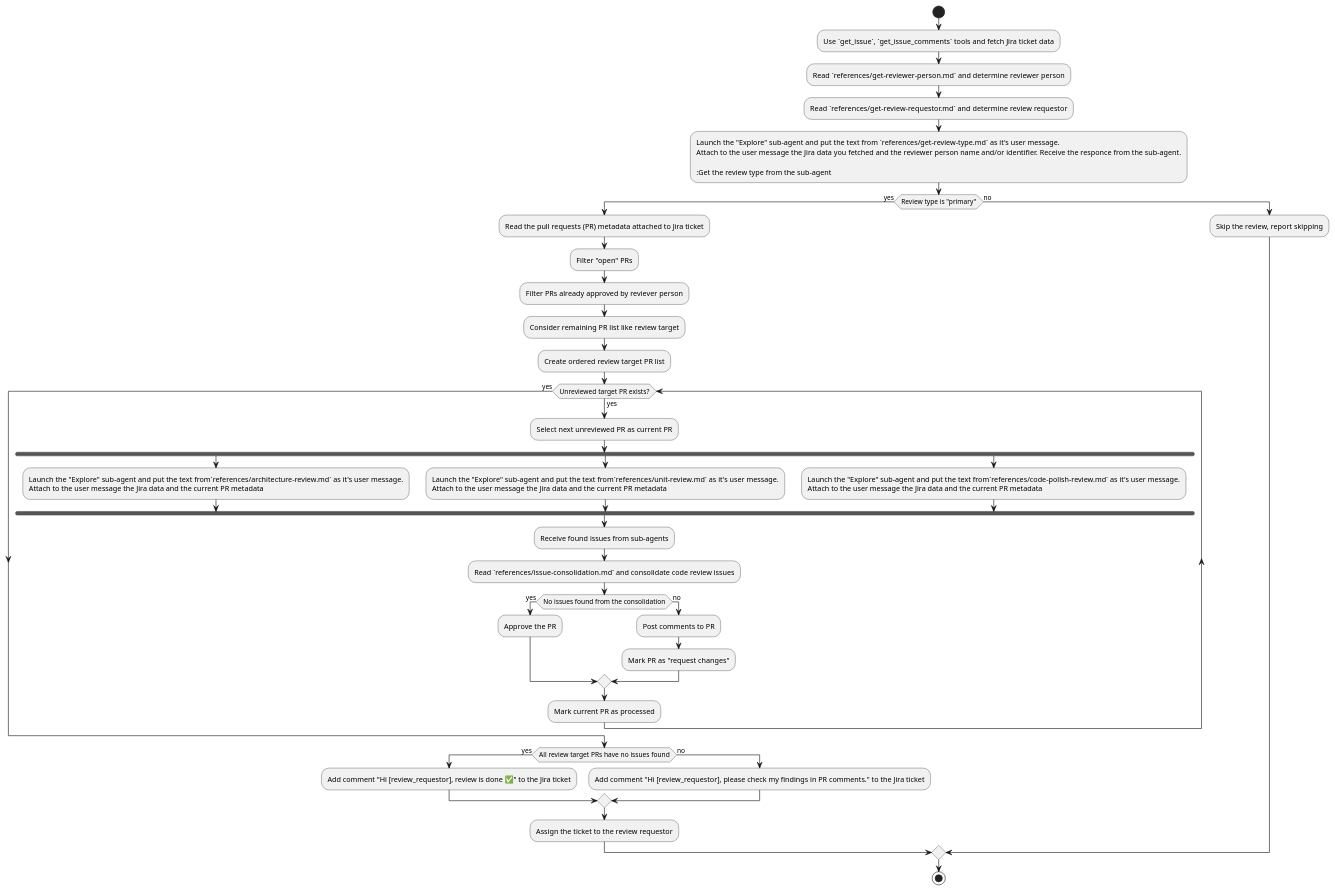
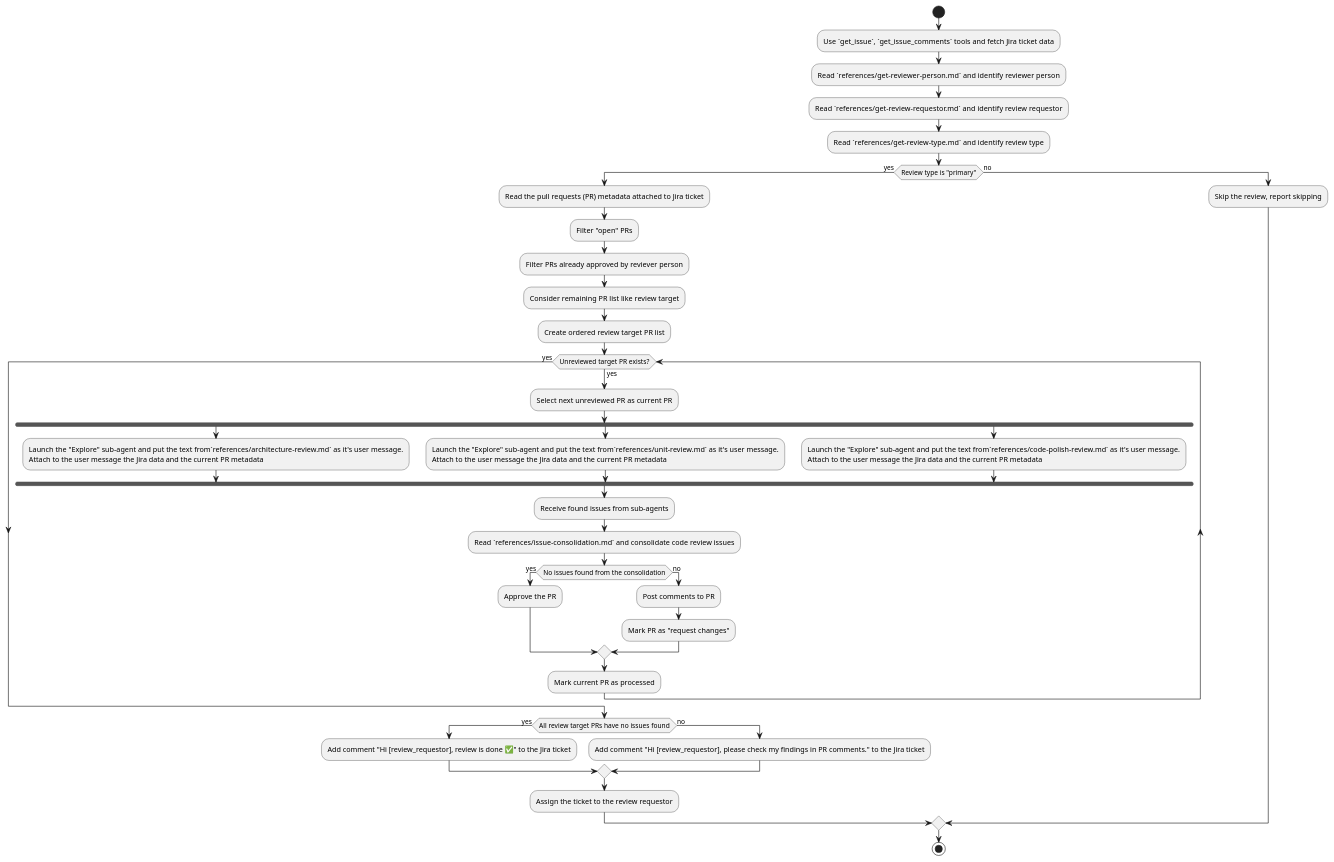
Before and after one commit to andrei-zanozin/skill_factory: the diagram in deep_review_workflow/build/skills/deep-review-workflow/SKILL.md, drawn with PlantUML. The commit also changed other lines of this file and 2 other files, not shown here.

Commit message:
Enforce the algorithm following. Don't use sub-agent for determining review type

````diff
--- a/deep_review_workflow/build/skills/deep-review-workflow/SKILL.md
+++ b/deep_review_workflow/build/skills/deep-review-workflow/SKILL.md
@@ -15,71 +17,68 @@
 ```puml
 @startuml
 
 start
 
 :Use `get_issue`, `get_issue_comments` tools and fetch Jira ticket data;
 
-:Read `references/get-reviewer-person.md` and determine reviewer person;
+:Read `references/get-reviewer-person.md` and identify reviewer person;
 
-:Read `references/get-review-requestor.md` and determine review requestor;
+:Read `references/get-review-requestor.md` and identify review requestor;
 
-:Launch the "Explore" sub-agent and put the text from `references/get-review-type.md` as it's user message.
-Attach to the user message the Jira data you fetched and the reviewer person name and/or identifier. Receive the responce from the sub-agent.
-
-:Get the review type from the sub-agent;
+:Read `references/get-review-type.md` and identify review type;
 
 if (Review type is "primary") then (yes)
   :Read the pull requests (PR) metadata attached to Jira ticket;
   
   :Filter "open" PRs;
   
   :Filter PRs already approved by reviever person;
   
   :Consider remaining PR list like review target;
-  
+
   :Create ordered review target PR list;
 
   while (Unreviewed target PR exists?) is (yes)
     :Select next unreviewed PR as current PR;
 
     fork
       :Launch the "Explore" sub-agent and put the text from`references/architecture-review.md` as it's user message.
       Attach to the user message the Jira data and the current PR metadata;
     fork again
       :Launch the "Explore" sub-agent and put the text from`references/unit-review.md` as it's user message.
       Attach to the user message the Jira data and the current PR metadata;
     fork again
       :Launch the "Explore" sub-agent and put the text from`references/code-polish-review.md` as it's user message.
       Attach to the user message the Jira data and the current PR metadata;
     end fork
 
     :Receive found issues from sub-agents;
 
     :Read `references/issue-consolidation.md` and consolidate code review issues;
 
     if (No issues found from the consolidation) then (yes)
       :Approve the PR;
     else (no)
       :Post comments to PR;
 
       :Mark PR as "request changes";
     endif
 
     :Mark current PR as processed;
   endwhile (yes)
 
   if (All review target PRs have no issues found) then (yes)
     :Add comment "Hi [review_requestor], review is done ✅" to the Jira ticket;
   else (no)
     :Add comment "Hi [review_requestor], please check my findings in PR comments." to the Jira ticket;
   endif
 
   :Assign the ticket to the review requestor;
 else (no)
   :Skip the review, report skipping;
 endif
 
 stop
 
 @enduml
 ```
````
